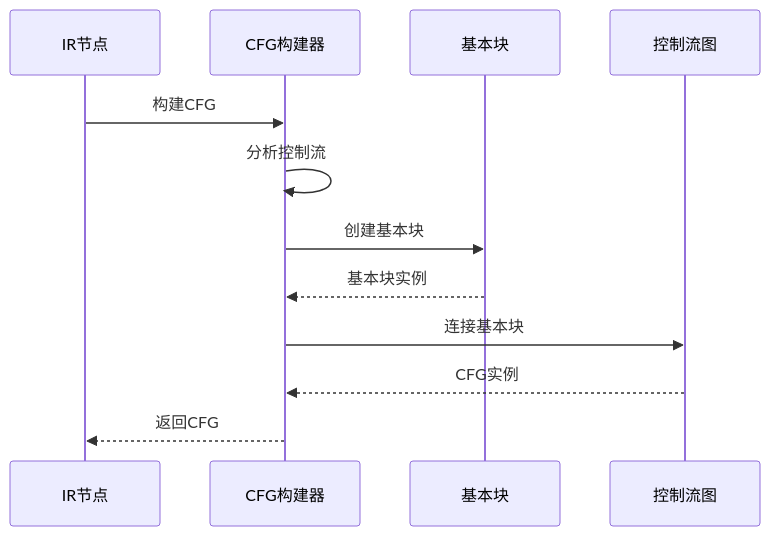
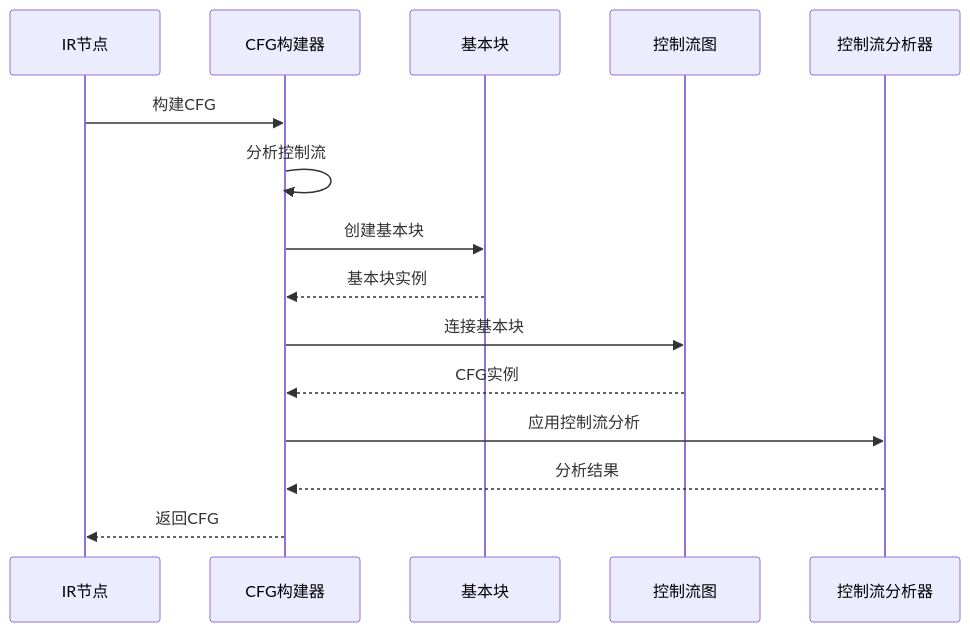
One commit to whtoo/How_to_implment_PL_in_Antlr4 changed the fourth of 9 diagrams in ep20/docs/compilation-sequence.md. Above: the diagram before and after it, drawn with Mermaid. The commit also changed other lines of this file and 11 other files, not shown here.

First line of the commit message:
docs(README): 更新项目文档和架构图

````diff
--- a/ep20/docs/compilation-sequence.md
+++ b/ep20/docs/compilation-sequence.md
@@ -82,15 +93,18 @@
 ```mermaid
 sequenceDiagram
     participant IRNode as IR节点
     participant CFGBuilder as CFG构建器
     participant BasicBlock as 基本块
     participant CFG as 控制流图
+    participant Analyzer as 控制流分析器
 
     IRNode->>CFGBuilder: 构建CFG
     CFGBuilder->>CFGBuilder: 分析控制流
     CFGBuilder->>BasicBlock: 创建基本块
     BasicBlock-->>CFGBuilder: 基本块实例
     CFGBuilder->>CFG: 连接基本块
     CFG-->>CFGBuilder: CFG实例
+    CFGBuilder->>Analyzer: 应用控制流分析
+    Analyzer-->>CFGBuilder: 分析结果
     CFGBuilder-->>IRNode: 返回CFG
 ```
````
